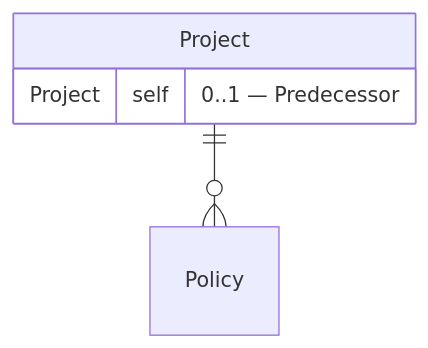
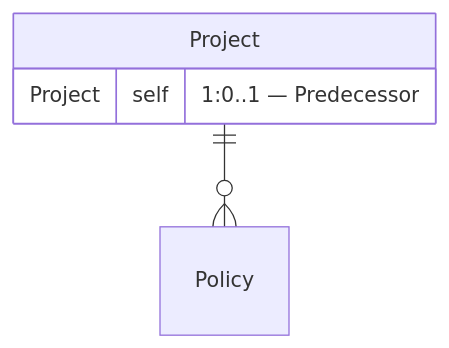
Before and after one commit to stacklok/modelith: the eighth of 9 diagrams in docs/04-reading-the-diagrams.md, drawn with Mermaid. The commit also changed other lines of this file and 10 other files, not shown here.

````diff
--- a/docs/04-reading-the-diagrams.md
+++ b/docs/04-reading-the-diagrams.md
@@ -156,8 +169,8 @@
 ```mermaid
 erDiagram
+    Policy {}
     Project {
-        Project self "0..1 — Predecessor"
+        Project self "1:0..1 — Predecessor"
     }
-    Policy {}
     Project ||--o{ Policy : ""
 ```
````
